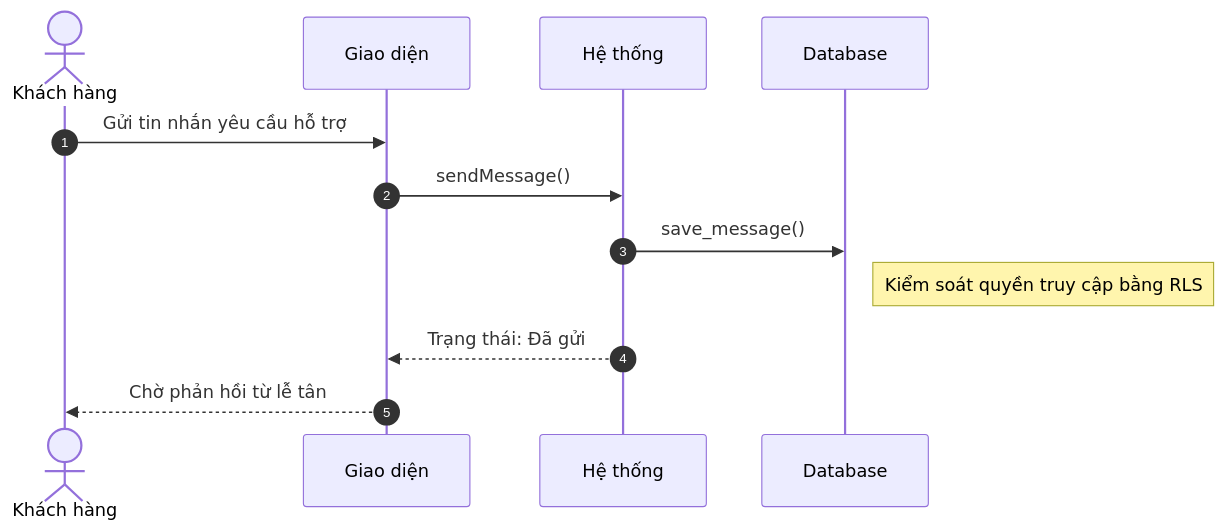
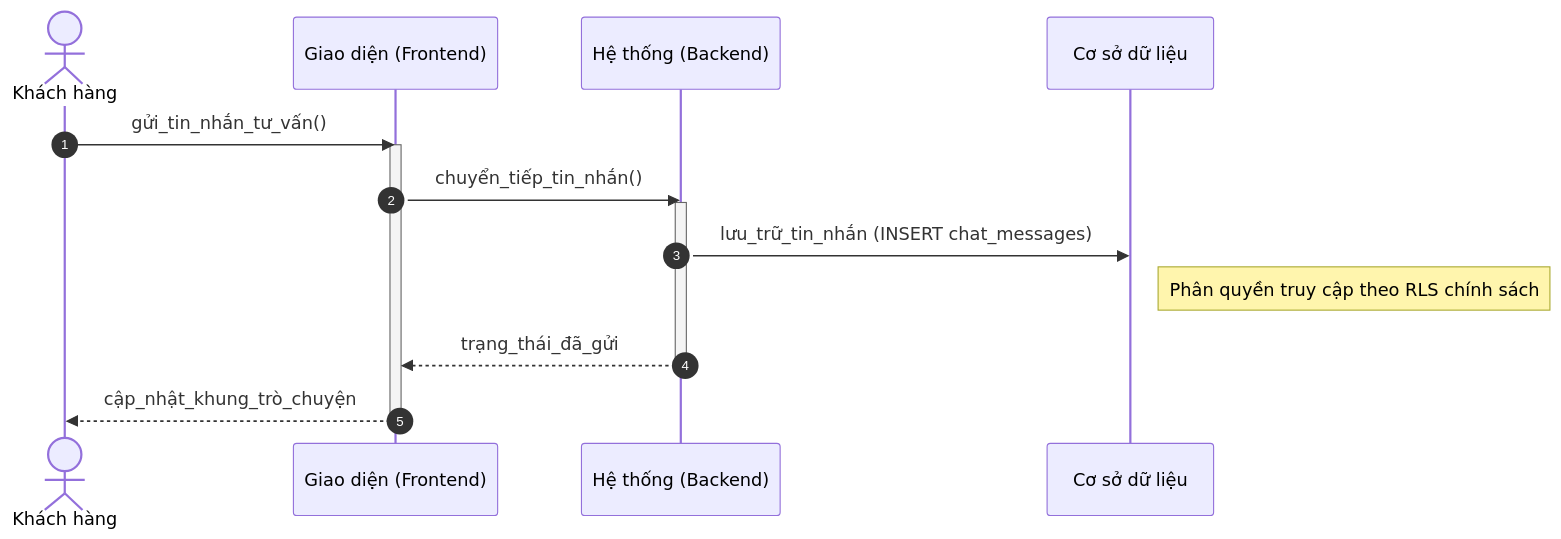
The third of 4 diagrams in docs/design/sequences_simplified/customer_flows.md (ngoctinn/Synapse), drawn with Mermaid before and after one commit. The commit also changed other lines of this file and 4 other files, not shown here.

Commit message:
docs: Add simplified sequence diagrams for receptionist, technician, admin, customer, and authentication flows.

````diff
--- a/docs/design/sequences_simplified/customer_flows.md
+++ b/docs/design/sequences_simplified/customer_flows.md
@@ -89,17 +72,21 @@
 ```mermaid
 sequenceDiagram
     autonumber
     actor KH as Khách hàng
-    participant UI as Giao diện
-    participant HT as Hệ thống
-    participant DB as Database
+    participant FE as Giao diện (Frontend)
+    participant BE as Hệ thống (Backend)
+    participant DB as Cơ sở dữ liệu
 
-    KH->>UI: Gửi tin nhắn yêu cầu hỗ trợ
-    UI->>HT: sendMessage()
+    KH->>FE: gửi_tin_nhắn_tư_vấn()
+    activate FE
+    FE->>BE: chuyển_tiếp_tin_nhắn()
+    activate BE
 
-    HT->>DB: save_message()
-    Note right of DB: Kiểm soát quyền truy cập bằng RLS
+    BE->>DB: lưu_trữ_tin_nhắn (INSERT chat_messages)
+    Note right of DB: Phân quyền truy cập theo RLS chính sách
 
-    HT-->>UI: Trạng thái: Đã gửi
-    UI-->>KH: Chờ phản hồi từ lễ tân
+    BE-->>FE: trạng_thái_đã_gửi
+    deactivate BE
+    FE-->>KH: cập_nhật_khung_trò_chuyện
+    deactivate FE
 ```
````
